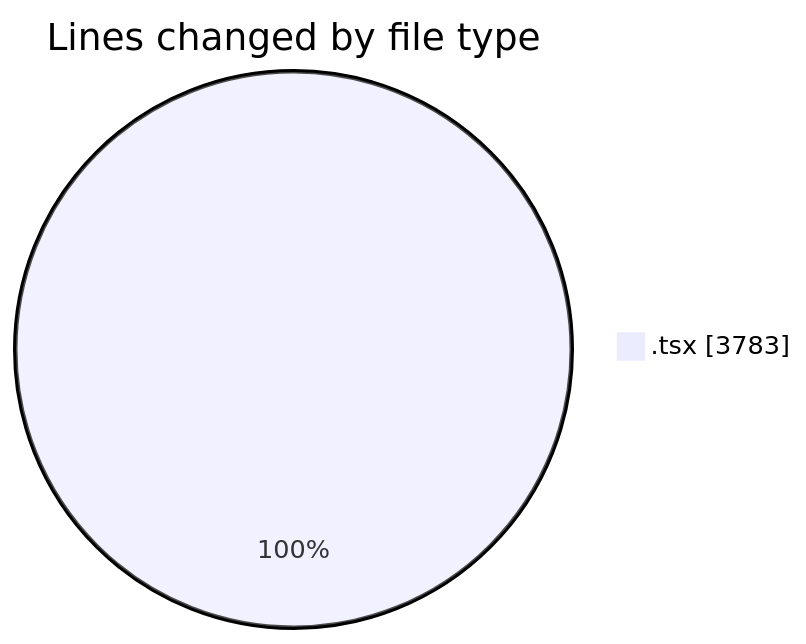
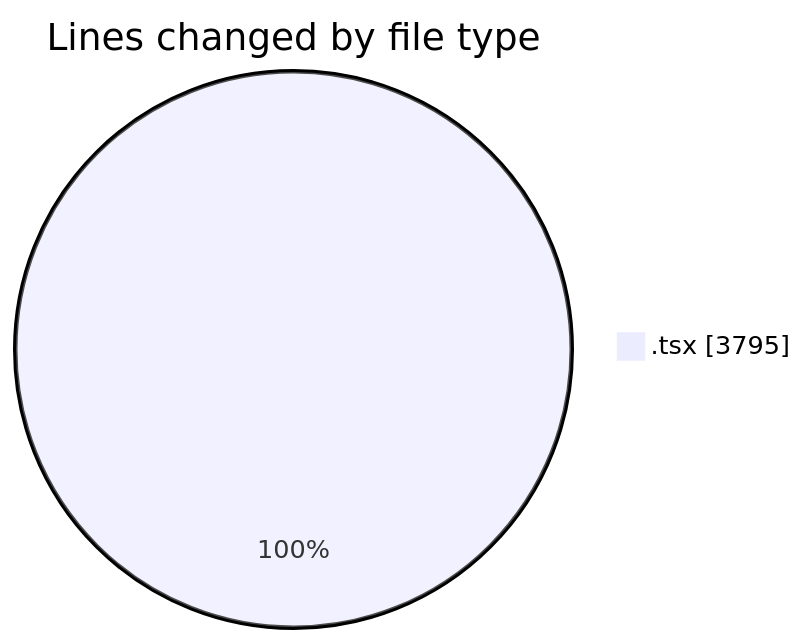
One commit to nxtqubesakshisongat/code-tracking changed the first of 2 diagrams in 2026-06-18/nxtqube_webapp/README.md. Above: the diagram before and after it, drawn with Mermaid. The commit also changed other lines of this file and 1 other file, not shown here.

````diff
--- a/2026-06-18/nxtqube_webapp/README.md
+++ b/2026-06-18/nxtqube_webapp/README.md
@@ -20,5 +20,5 @@
 ```mermaid
 pie showData
 title Lines changed by file type
-".tsx" : 3783
+".tsx" : 3795
 ```
````
